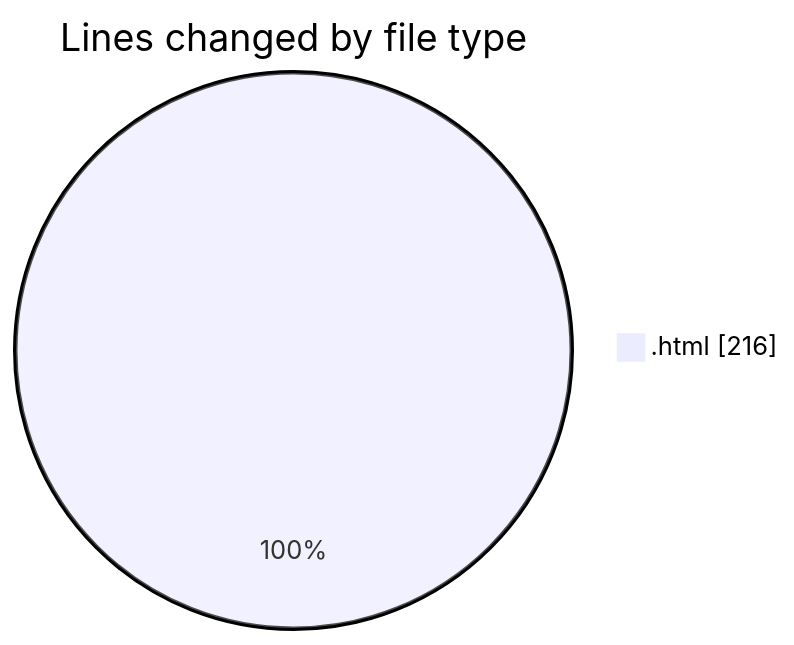
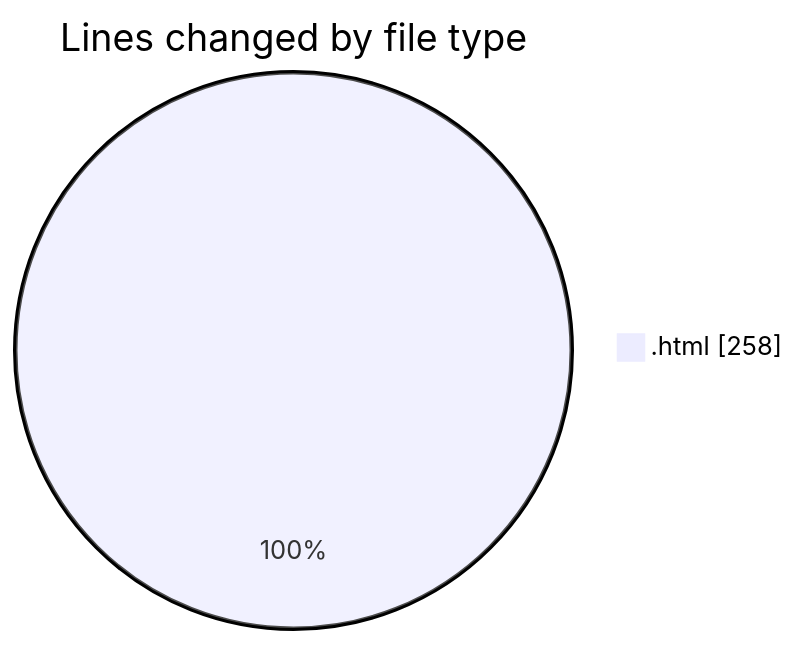
One commit to LanceThiago/code-tracking changed the first of 2 diagrams in 2025-01-10/nueva_carpeta/README.md. Above: the diagram before and after it, drawn with Mermaid. The commit also changed other lines of this file and 1 other file, not shown here.

````diff
--- a/2025-01-10/nueva_carpeta/README.md
+++ b/2025-01-10/nueva_carpeta/README.md
@@ -20,5 +20,5 @@
 ```mermaid
 pie showData
 title Lines changed by file type
-".html" : 216
+".html" : 258
 ```
````
